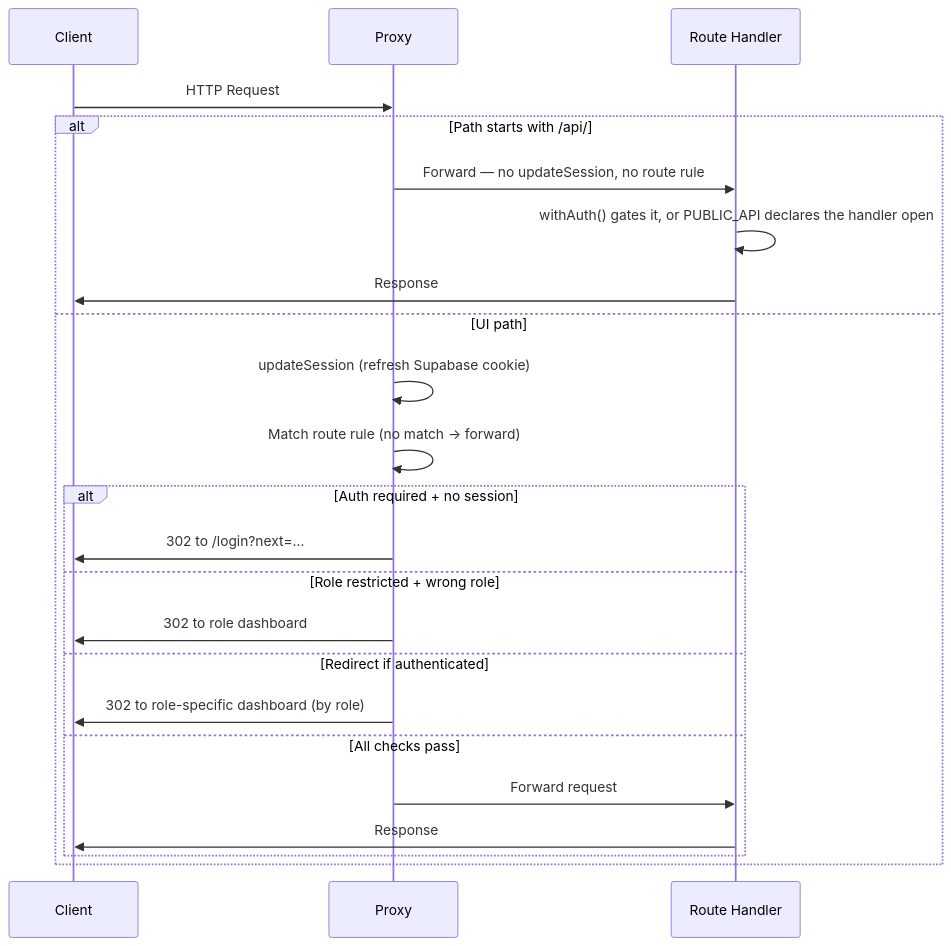
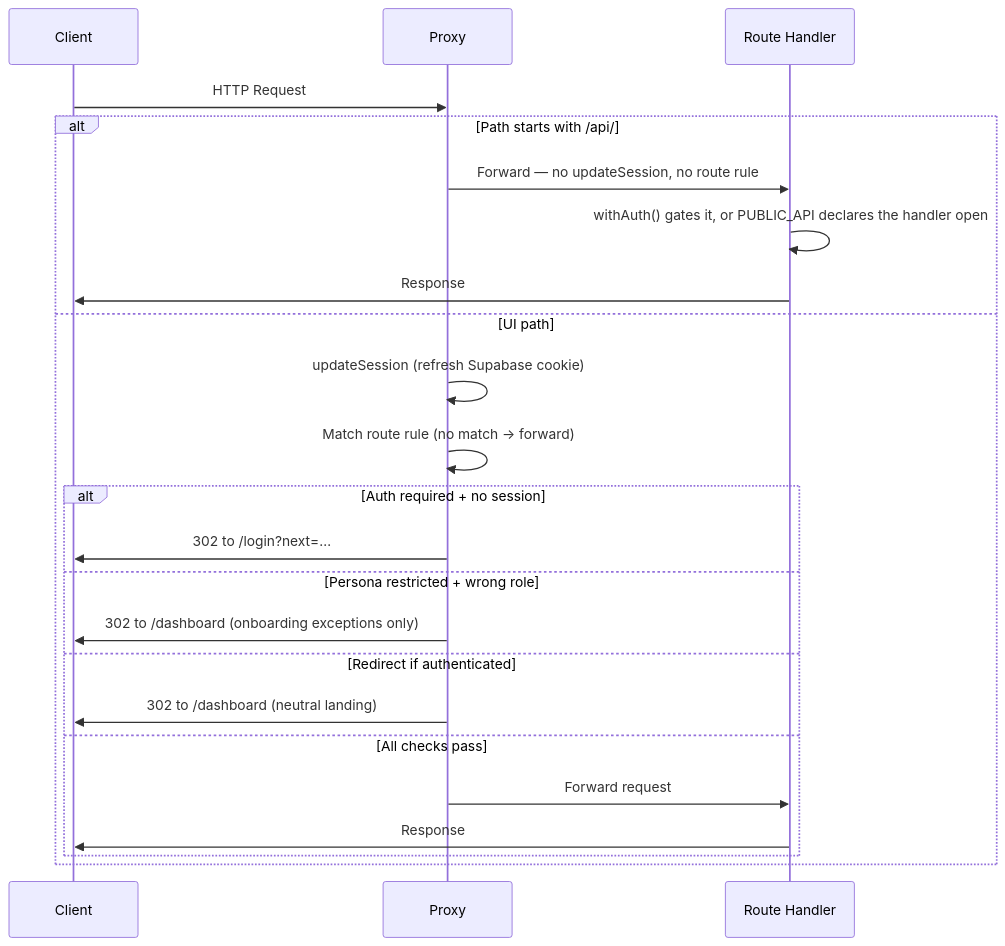
The third of 4 diagrams in docs/architecture.md (logyQT/studiq), drawn with Mermaid before and after one commit. The commit also changed other lines of this file and 89 other files, not shown here.

First line of the commit message:
feat(web): resolve the shell and landing from permissions, not persona (ADR-0015 phase 6b-1) (#1429)

````diff
--- a/docs/architecture.md
+++ b/docs/architecture.md
@@ -93,26 +93,26 @@
 ```mermaid
 sequenceDiagram
     participant C as Client
     participant M as Proxy
     participant R as Route Handler
 
     C->>M: HTTP Request
     alt Path starts with /api/
         M->>R: Forward — no updateSession, no route rule
         R->>R: withAuth() gates it, or PUBLIC_API declares the handler open
         R->>C: Response
     else UI path
         M->>M: updateSession (refresh Supabase cookie)
         M->>M: Match route rule (no match → forward)
         alt Auth required + no session
             M->>C: 302 to /login?next=…
-        else Role restricted + wrong role
-            M->>C: 302 to role dashboard
+        else Persona restricted + wrong role
+            M->>C: 302 to /dashboard (onboarding exceptions only)
         else Redirect if authenticated
-            M->>C: 302 to role-specific dashboard (by role)
+            M->>C: 302 to /dashboard (neutral landing)
         else All checks pass
             M->>R: Forward request
             R->>C: Response
         end
     end
 ```
````
